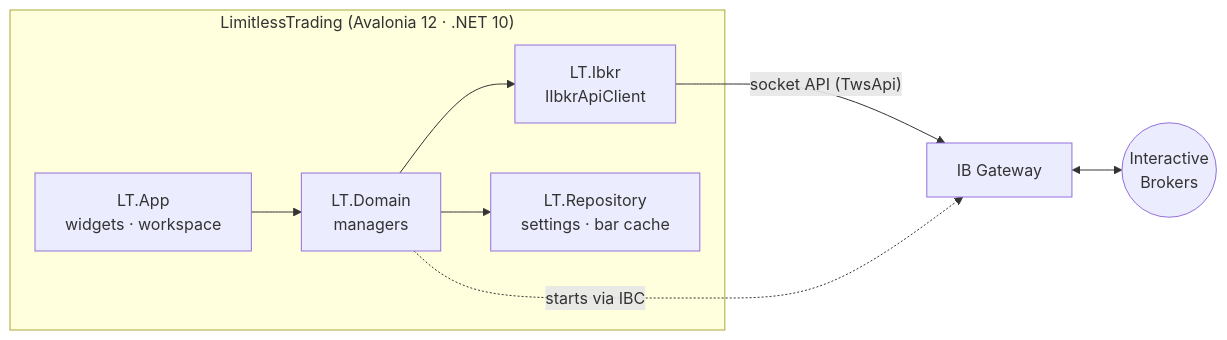
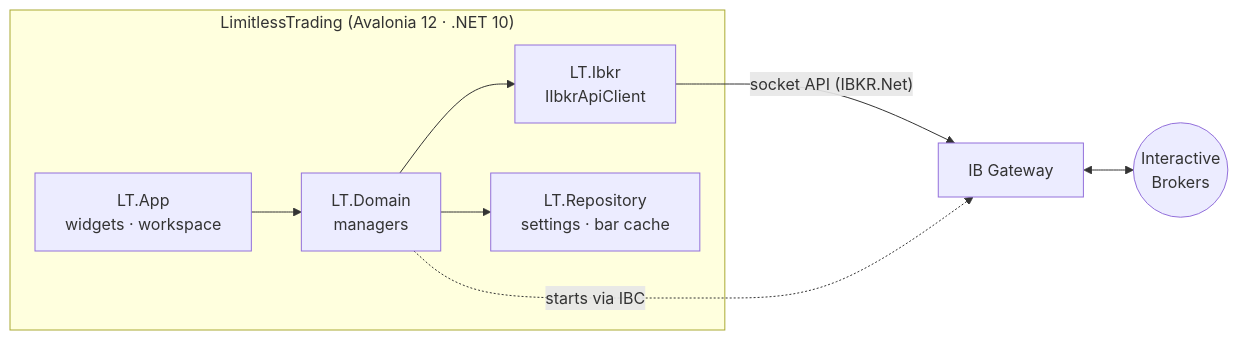
Before and after one commit to LimitlessSoft/LimitlessTrading: the diagram in README.md, drawn with Mermaid. The commit also changed other lines of this file and 26 other files, not shown here.

First line of the commit message:
Remove TwsApi; LT.Ibkr runs only on IBKR.Net

````diff
--- a/README.md
+++ b/README.md
@@ -125,11 +125,11 @@
 ```mermaid
 flowchart LR
     subgraph App["LimitlessTrading (Avalonia 12 · .NET 10)"]
         UI["LT.App<br/>widgets · workspace"] --> Domain["LT.Domain<br/>managers"]
         Domain --> Ibkr["LT.Ibkr<br/>IIbkrApiClient"]
         Domain --> Repo["LT.Repository<br/>settings · bar cache"]
     end
-    Ibkr -- "socket API (TwsApi)" --> GW["IB Gateway"]
+    Ibkr -- "socket API (IBKR.Net)" --> GW["IB Gateway"]
     Domain -. "starts via IBC" .-> GW
     GW <--> IB(("Interactive<br/>Brokers"))
 ```
````
